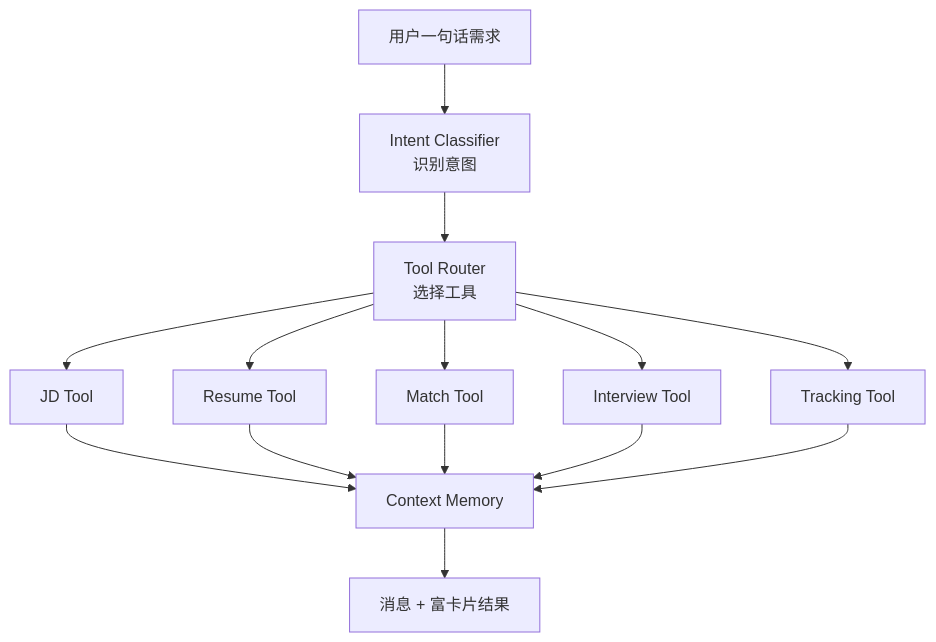
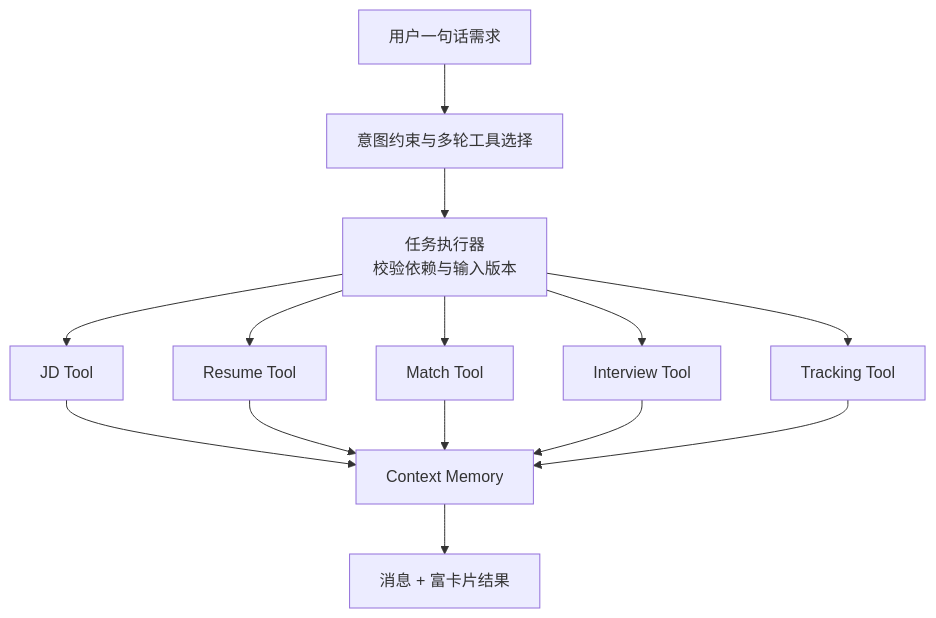
The second of 3 diagrams in README.md (Shen-hk/CV-Job-Matcher), drawn with Mermaid before and after one commit. The commit also changed other lines of this file and 114 other files, not shown here.

````diff
--- a/README.md
+++ b/README.md
@@ -67,16 +67,16 @@
 ```mermaid
 flowchart TB
-    U["用户一句话需求"] --> I["Intent Classifier<br/>识别意图"]
-    I --> R["Tool Router<br/>选择工具"]
+    U["用户一句话需求"] --> I["意图约束与多轮工具选择"]
+    I --> R["任务执行器<br/>校验依赖与输入版本"]
     R --> T1["JD Tool"]
     R --> T2["Resume Tool"]
     R --> T3["Match Tool"]
     R --> T4["Interview Tool"]
     R --> T5["Tracking Tool"]
     T1 --> C["Context Memory"]
     T2 --> C
     T3 --> C
     T4 --> C
     T5 --> C
     C --> O["消息 + 富卡片结果"]
 ```
````
